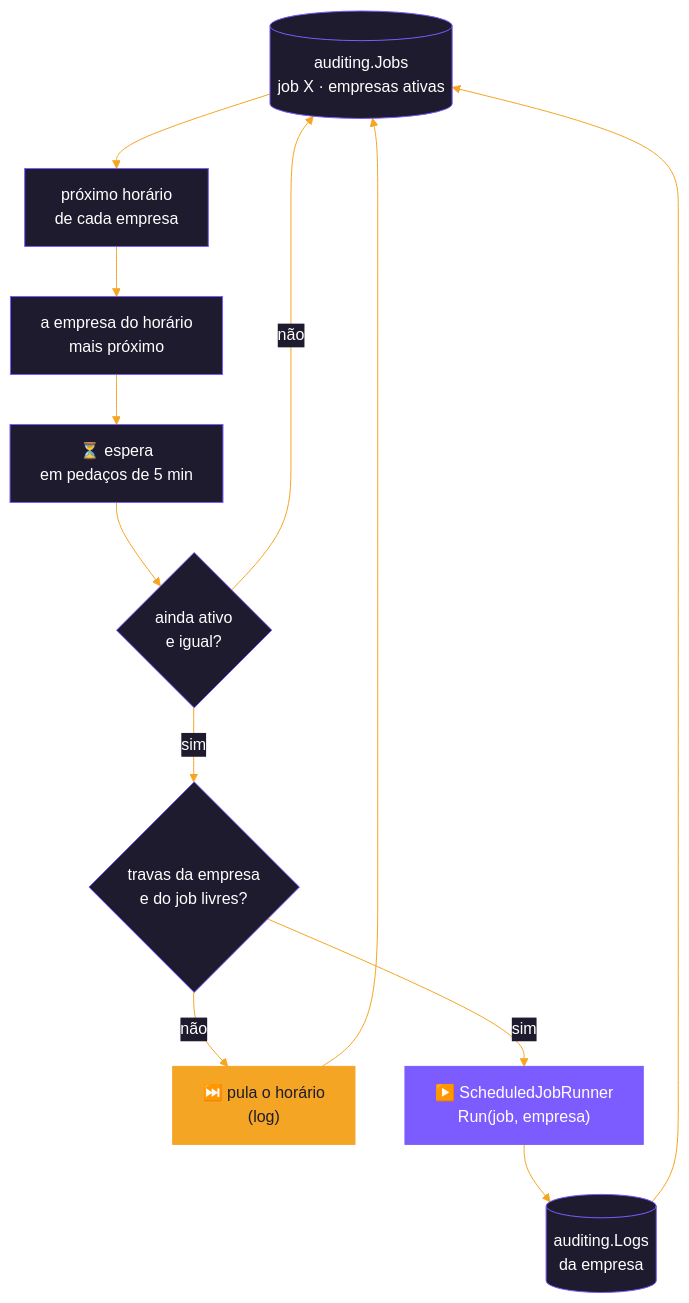
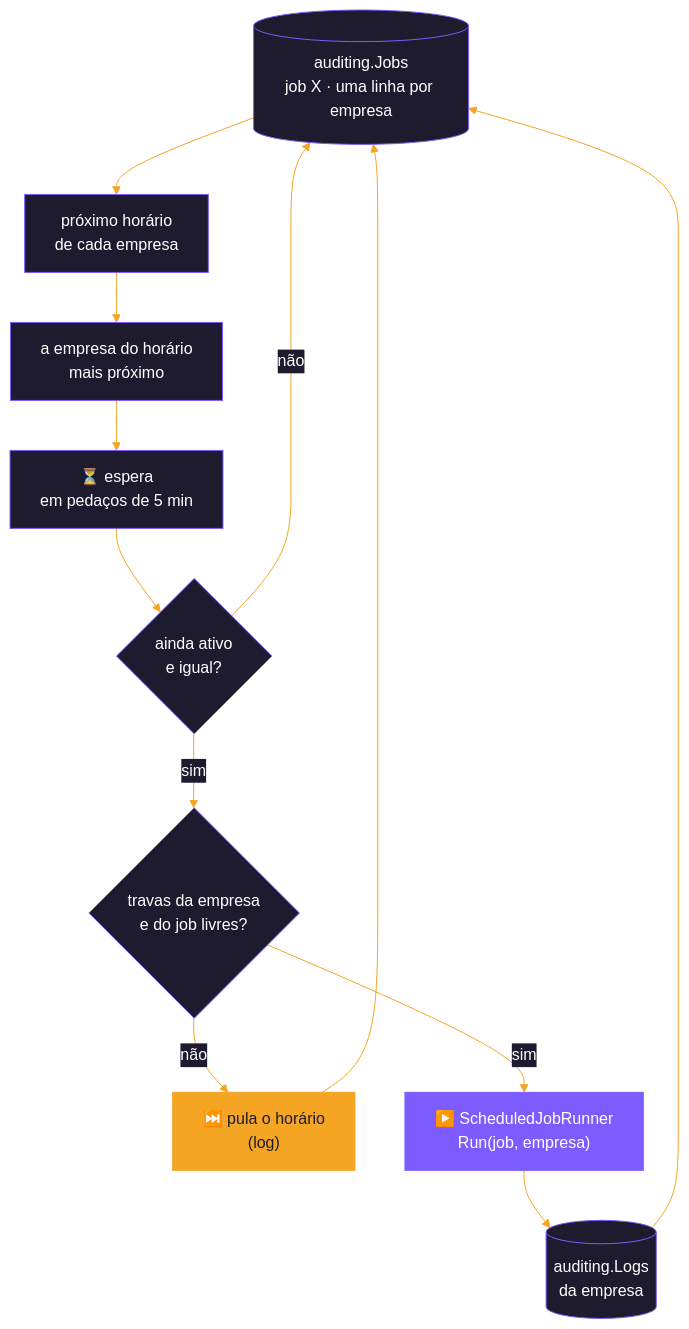
The second of 4 diagrams in src/Backend/Hosts/WebJob/README.md (cayo-kume/extract-transform-load-integrations-system), drawn with Mermaid before and after one commit. The commit also changed other lines of this file and 121 other files, not shown here.

````diff
--- a/src/Backend/Hosts/WebJob/README.md
+++ b/src/Backend/Hosts/WebJob/README.md
@@ -235,20 +232,20 @@
 ```mermaid
 %%{init: {'theme':'base','themeVariables':{'primaryColor':'#1e1b2e','primaryTextColor':'#ffffff','primaryBorderColor':'#7c5cff','lineColor':'#f5a524','textColor':'#1e1b2e','clusterBkg':'#f5f3ff','clusterBorder':'#7c5cff','titleColor':'#1e1b2e','edgeLabelBackground':'#1e1b2e'}}}%%
 flowchart TB
-    READ[("auditing.Jobs<br/>job X · empresas ativas")] --> NEXT["próximo horário<br/>de cada empresa"]
+    READ[("auditing.Jobs<br/>job X · uma linha por empresa")] --> NEXT["próximo horário<br/>de cada empresa"]
     NEXT --> PICK["a empresa do horário<br/>mais próximo"]
     PICK --> WAIT["⏳ espera<br/>em pedaços de 5 min"]
     WAIT --> RE{"ainda ativo<br/>e igual?"}
     RE -- não --> READ
     RE -- sim --> LOCK{"travas da empresa<br/>e do job livres?"}
     LOCK -- não --> SKIP["⏭️ pula o horário<br/>(log)"]
     LOCK -- sim --> RUN["▶️ ScheduledJobRunner<br/>Run(job, empresa)"]
     RUN --> LOG[("auditing.Logs<br/>da empresa")]
     SKIP --> READ
     LOG --> READ
 
     classDef accent fill:#7c5cff,stroke:#7c5cff,color:#ffffff
     classDef warm fill:#f5a524,stroke:#f5a524,color:#1e1b2e
     class RUN accent
     class SKIP warm
 ```
````
